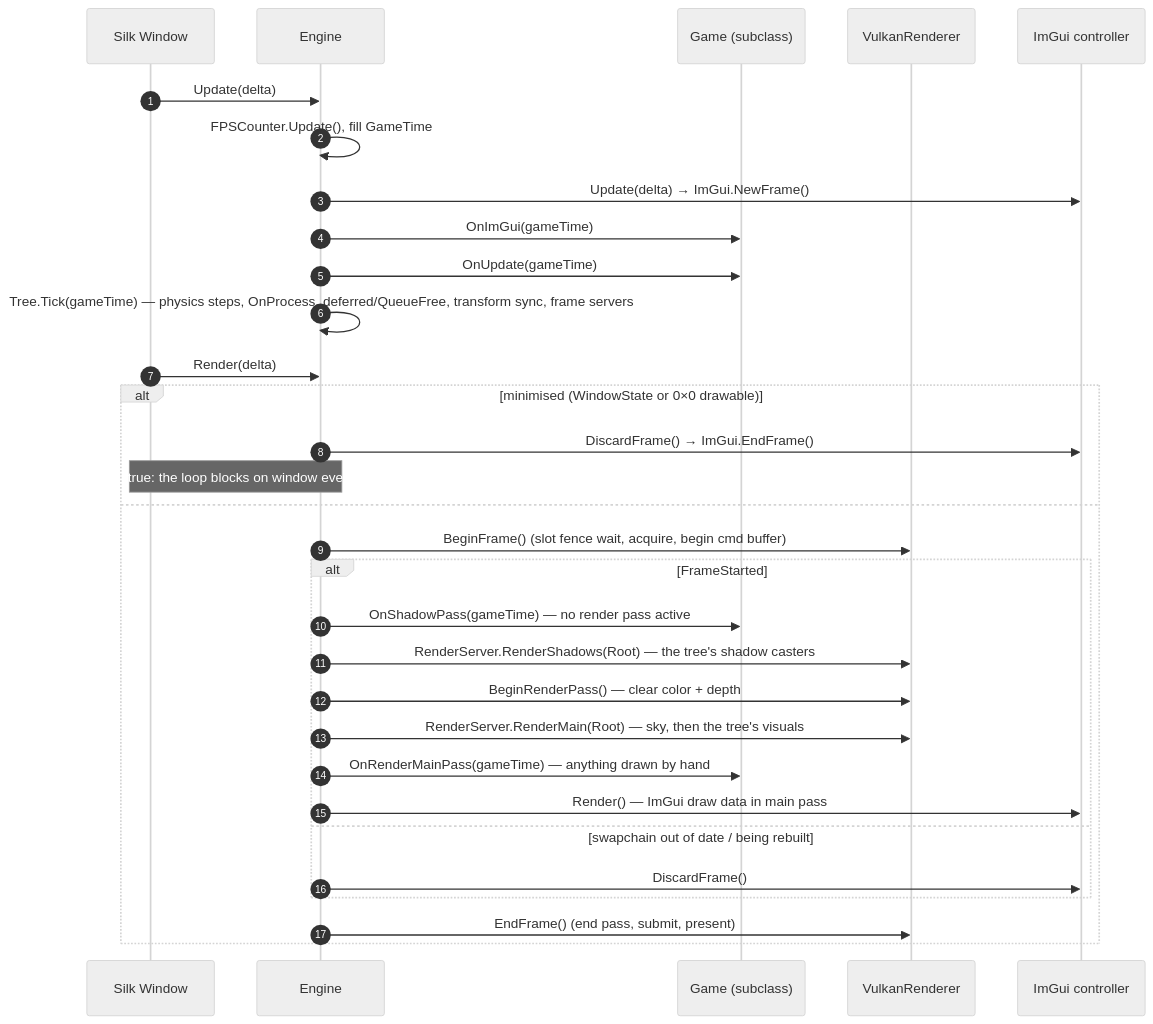
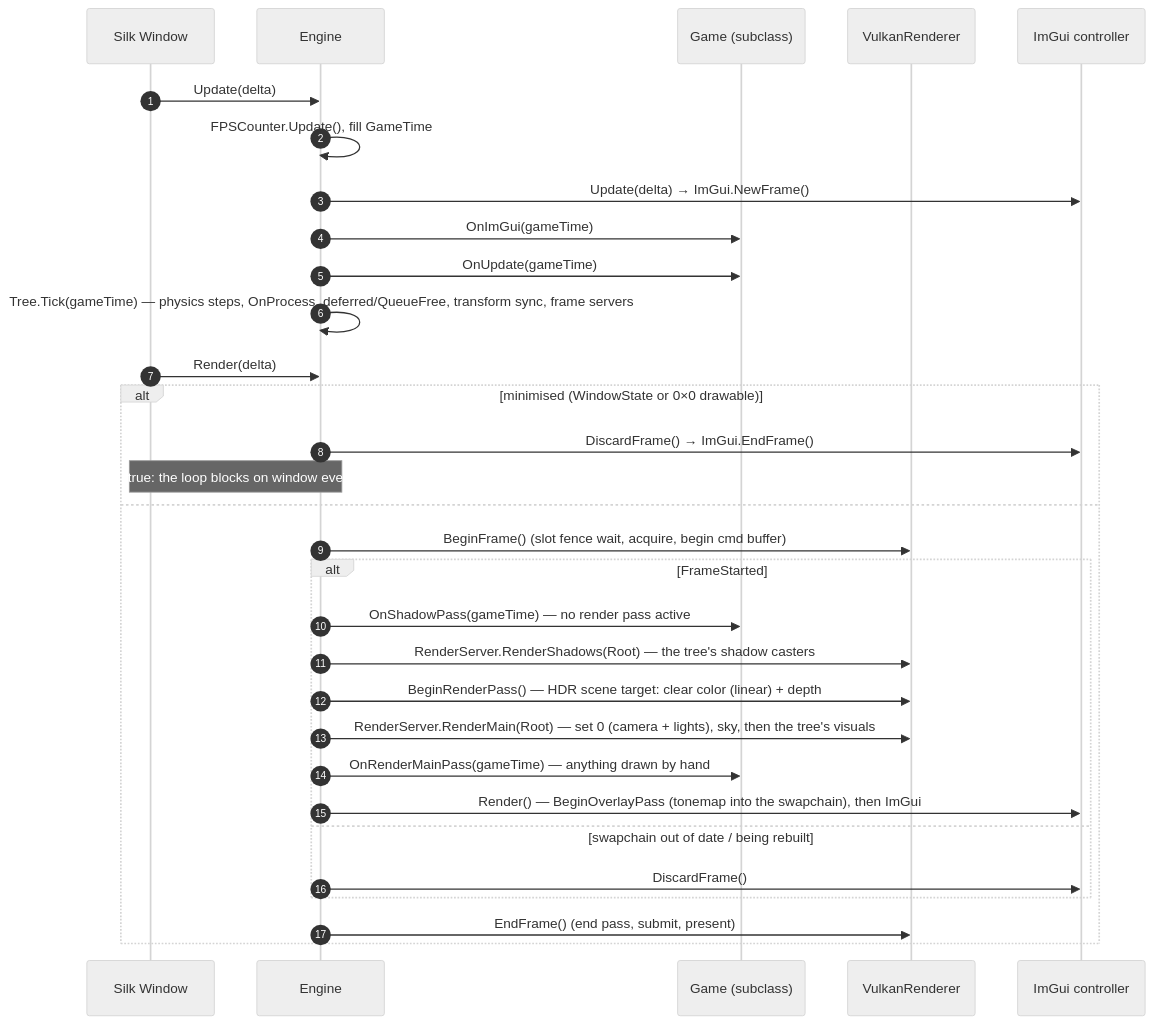
Before and after one commit to Mainframe-Games/mainframe-engine: the diagram in docs/design/engine-lifecycle.md, drawn with Mermaid (neutral theme). The commit also changed 9 other files, not shown here.

````diff
--- a/docs/design/engine-lifecycle.md
+++ b/docs/design/engine-lifecycle.md
@@ -84,35 +84,35 @@
 ```mermaid
 sequenceDiagram
     autonumber
     participant W as Silk Window
     participant E as Engine
     participant G as Game (subclass)
     participant R as VulkanRenderer
     participant I as ImGui controller
 
     W->>E: Update(delta)
     E->>E: FPSCounter.Update(), fill GameTime
     E->>I: Update(delta) → ImGui.NewFrame()
     E->>G: OnImGui(gameTime)
     E->>G: OnUpdate(gameTime)
     E->>E: Tree.Tick(gameTime) — physics steps, OnProcess, deferred/QueueFree, transform sync, frame servers
 
     W->>E: Render(delta)
     alt minimised (WindowState or 0×0 drawable)
         E->>I: DiscardFrame() → ImGui.EndFrame()
         Note over E,W: IsEventDriven = true: the loop blocks on window events until restored
     else
         E->>R: BeginFrame() (slot fence wait, acquire, begin cmd buffer)
         alt FrameStarted
             E->>G: OnShadowPass(gameTime) — no render pass active
             E->>R: RenderServer.RenderShadows(Root) — the tree's shadow casters
-            E->>R: BeginRenderPass() — clear color + depth
-            E->>R: RenderServer.RenderMain(Root) — sky, then the tree's visuals
+            E->>R: BeginRenderPass() — HDR scene target: clear color (linear) + depth
+            E->>R: RenderServer.RenderMain(Root) — set 0 (camera + lights), sky, then the tree's visuals
             E->>G: OnRenderMainPass(gameTime) — anything drawn by hand
-            E->>I: Render() — ImGui draw data in main pass
+            E->>I: Render() — BeginOverlayPass (tonemap into the swapchain), then ImGui
         else swapchain out of date / being rebuilt
             E->>I: DiscardFrame()
         end
         E->>R: EndFrame() (end pass, submit, present)
     end
 ```
````
